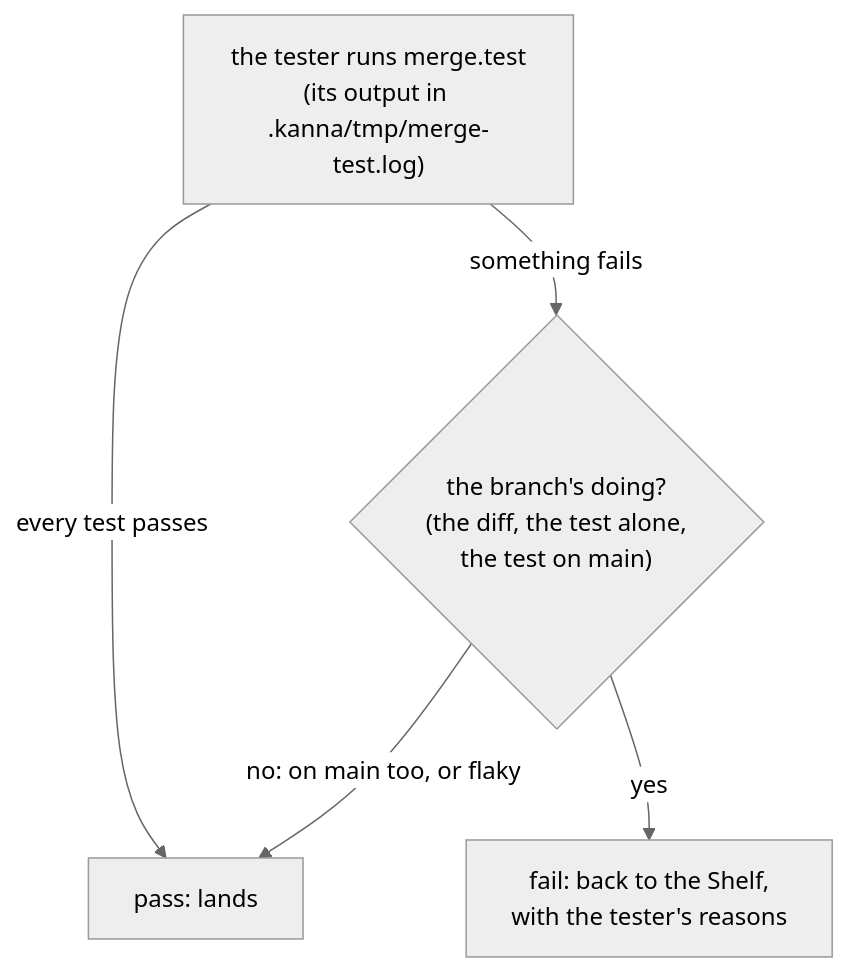
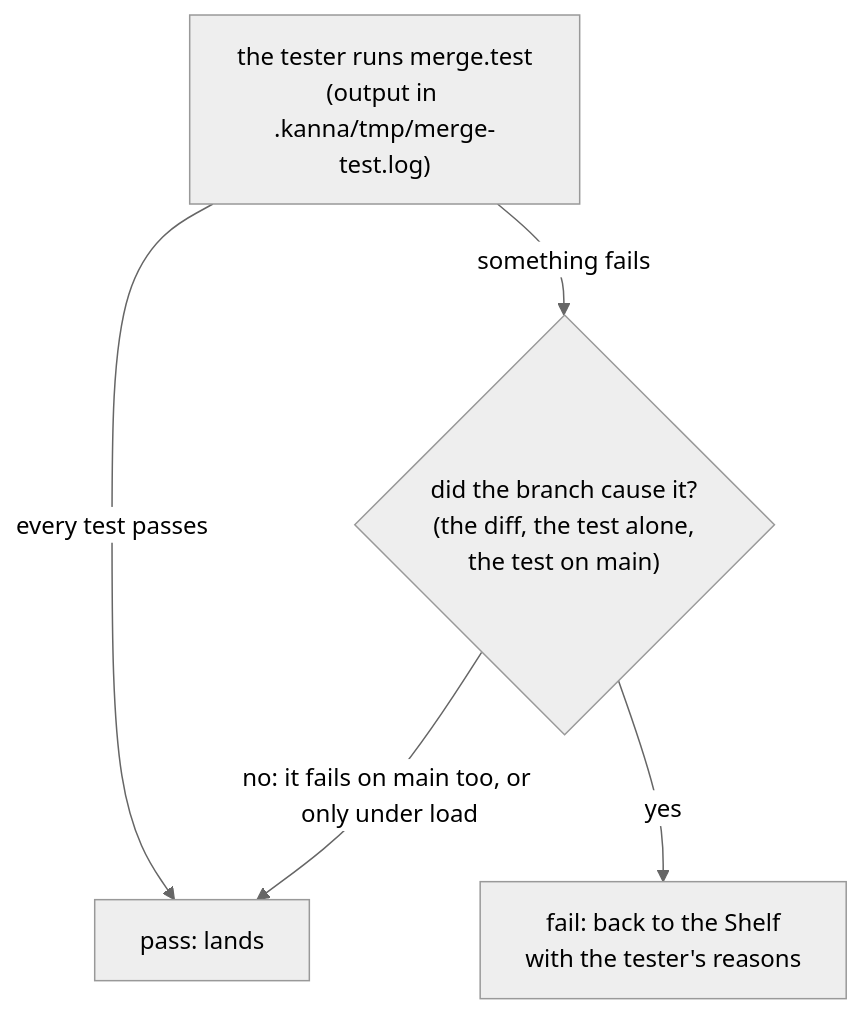
Before and after one commit to tampopogk/kanna: the fourth of 4 diagrams in docs/specs/merge-queue.md, drawn with Mermaid (neutral theme). The commit also changed other lines of this file, not shown here.

Commit message:
Merge queue spec in plain prose

````diff
--- a/docs/specs/merge-queue.md
+++ b/docs/specs/merge-queue.md
@@ -125,7 +124,7 @@
 ```mermaid
 flowchart TD
-    T["the tester runs merge.test<br/>(its output in .kanna/tmp/merge-test.log)"] -->|"every test passes"| P["pass: lands"]
-    T -->|"something fails"| J{"the branch's doing?<br/>(the diff, the test alone,<br/>the test on main)"}
-    J -->|"no: on main too, or flaky"| P
-    J -->|"yes"| F["fail: back to the Shelf,<br/>with the tester's reasons"]
+    T["the tester runs merge.test<br/>(output in .kanna/tmp/merge-test.log)"] -->|"every test passes"| P["pass: lands"]
+    T -->|"something fails"| J{"did the branch cause it?<br/>(the diff, the test alone,<br/>the test on main)"}
+    J -->|"no: it fails on main too, or only under load"| P
+    J -->|"yes"| F["fail: back to the Shelf<br/>with the tester's reasons"]
 ```
````
